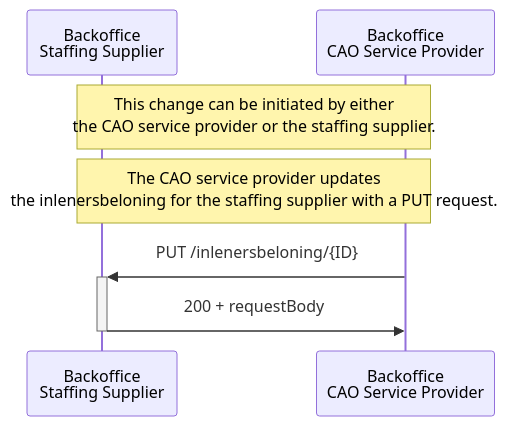
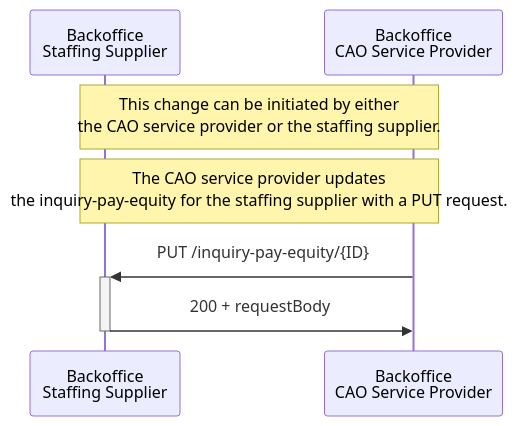
One commit to setu-standards/documentation changed the fifth of 5 diagrams in app/docs/inlenersbeloning/sequence diagrams/sequence diagrams.md. Above: the diagram before and after it, drawn with Mermaid. The commit also changed other lines of this file and 10 other files, not shown here.

Commit message:
Updated name change of inlenersbeloning to Inquiry Pay Equity

````diff
--- a/app/docs/inlenersbeloning/sequence diagrams/sequence diagrams.md
+++ b/app/docs/inlenersbeloning/sequence diagrams/sequence diagrams.md
@@ -123,12 +123,12 @@
 ```mermaid
 sequenceDiagram
     participant Supplier as Backoffice <br/> Staffing Supplier
     participant Customer as Backoffice <br/> CAO Service Provider
     
 
     Note over Supplier,Customer: This change can be initiated by either <br/> the CAO service provider or the staffing supplier.
     
-    Note over Supplier,Customer: The CAO service provider updates <br/> the inlenersbeloning for the staffing supplier with a PUT request.
-    Customer ->>+ Supplier: PUT /inlenersbeloning/{ID}
+    Note over Supplier,Customer: The CAO service provider updates <br/> the inquiry-pay-equity for the staffing supplier with a PUT request.
+    Customer ->>+ Supplier: PUT /inquiry-pay-equity/{ID}
     Supplier ->>- Customer: 200 + requestBody 
 ```
````
